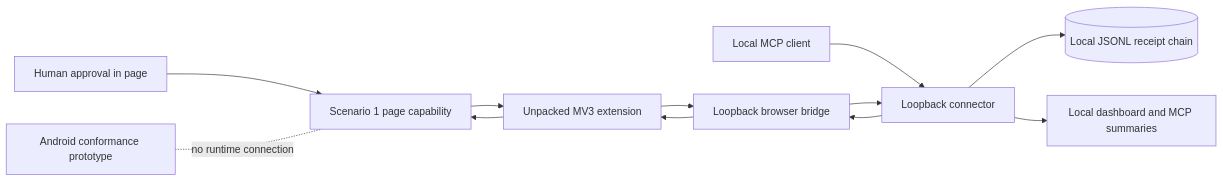
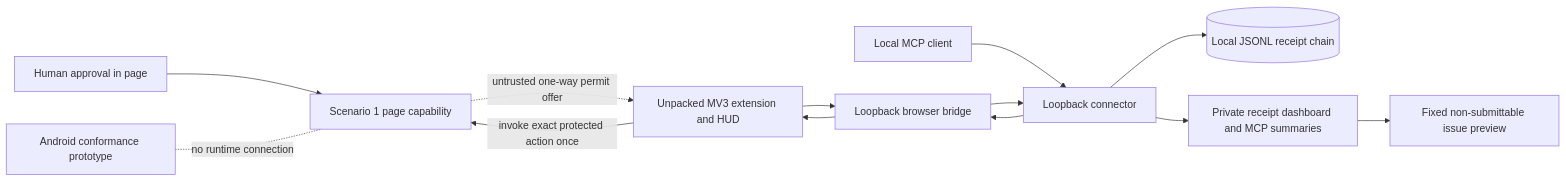
The second of 3 diagrams in docs/ARCHITECTURE.md (savage-content/webmcp-security-lab), drawn with Mermaid before and after one commit. The commit also changed other lines of this file and 84 other files, not shown here.

````diff
--- a/docs/ARCHITECTURE.md
+++ b/docs/ARCHITECTURE.md
@@ -32,14 +58,15 @@
 ```mermaid
 flowchart LR
   U[Human approval in page] --> P[Scenario 1 page capability]
   M[Local MCP client] --> C[Loopback connector]
   C --> B[Loopback browser bridge]
-  B --> X[Unpacked MV3 extension]
-  X --> P
-  P --> X
+  B --> X[Unpacked MV3 extension and HUD]
+  X -->|invoke exact protected action once| P
+  P -. untrusted one-way permit offer .-> X
   X --> B
   B --> C
   C --> L[(Local JSONL receipt chain)]
-  C --> R[Local dashboard and MCP summaries]
+  C --> R[Private receipt dashboard and MCP summaries]
+  R --> I[Fixed non-submittable issue preview]
   K[Android conformance prototype] -. no runtime connection .- P
 ```
````
